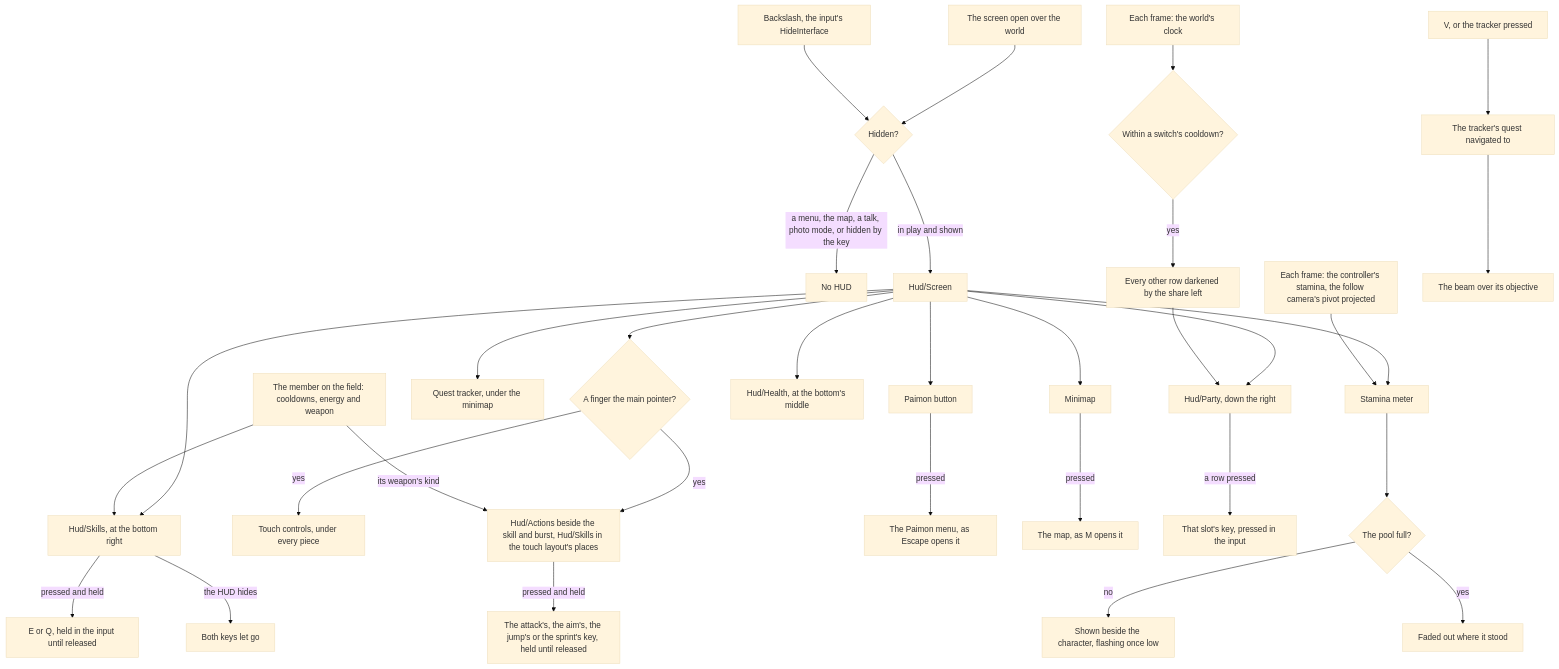
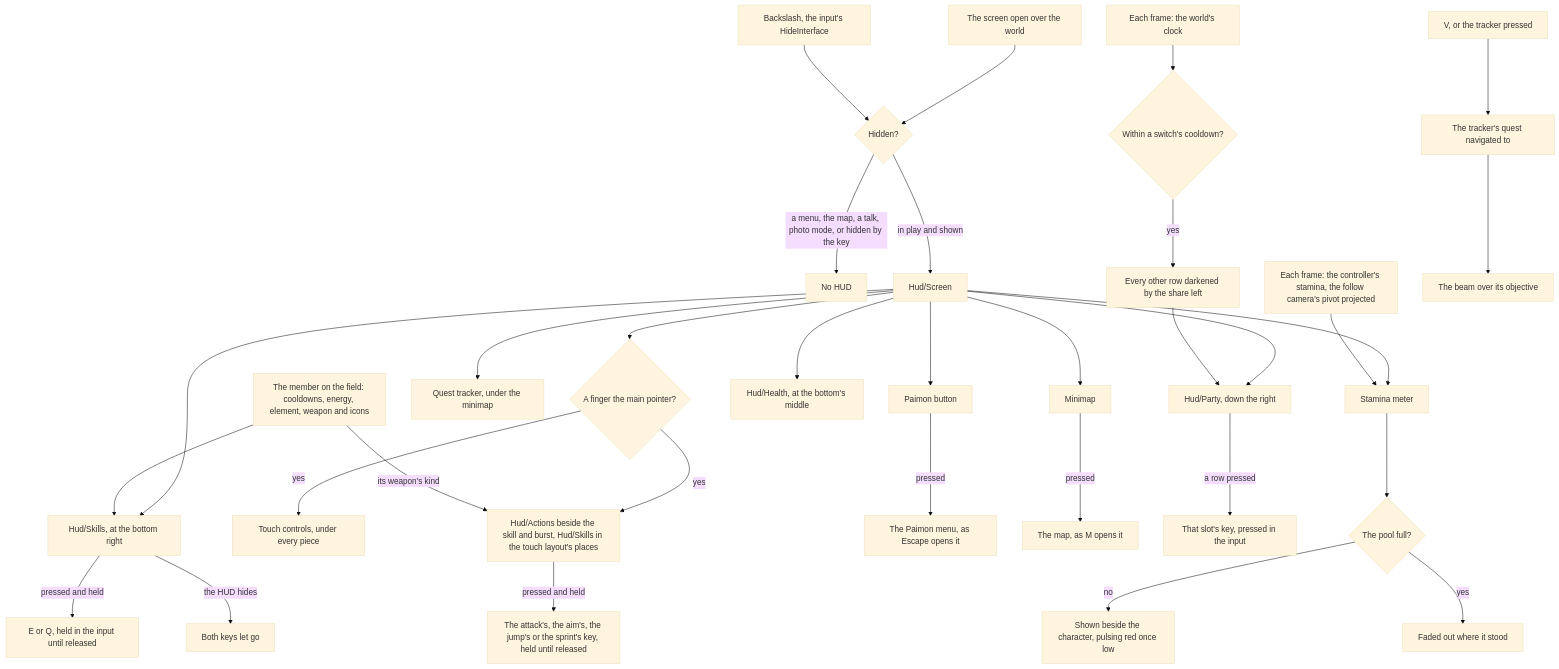
Before and after one commit to Esposter/Esposter: the diagram in apps/web/content/docs/genshin/hud.md, drawn with Mermaid (base theme). The commit also changed other lines of this file and 3 other files, not shown here.

First line of the commit message:
feat(genshin-world): the HUD's stamina meter fades as the climbing clip shows, out over 200 ms, and run low pulses its track red with a glow instead of flashing its fill

````diff
--- a/apps/web/content/docs/genshin/hud.md
+++ b/apps/web/content/docs/genshin/hud.md
@@ -20,34 +20,34 @@
 ```mermaid
 flowchart TD
   KIND["The screen open over the world"] --> HIDDEN{"Hidden?"}
   KEY["Backslash, the input's HideInterface"] --> HIDDEN
   HIDDEN -->|"a menu, the map, a talk, photo mode, or hidden by the key"| NONE["No HUD"]
   HIDDEN -->|"in play and shown"| HUD["Hud/Screen"]
   HUD --> PB["Paimon button"]
   HUD --> MINI["Minimap"]
   HUD --> TRACKER["Quest tracker, under the minimap"]
   HUD --> PARTY["Hud/Party, down the right"]
   HUD --> HEALTH["Hud/Health, at the bottom's middle"]
   HUD --> SKILLS["Hud/Skills, at the bottom right"]
-  FIELD["The member on the field: cooldowns, energy and weapon"] --> SKILLS
+  FIELD["The member on the field: cooldowns, energy, element, weapon and icons"] --> SKILLS
   SKILLS -->|"pressed and held"| KEYS["E or Q, held in the input until released"]
   SKILLS -->|"the HUD hides"| RELEASE["Both keys let go"]
   HUD --> STAMINA["Stamina meter"]
   HUD --> TOUCH{"A finger the main pointer?"}
   TOUCH -->|"yes"| CONTROLS["Touch controls, under every piece"]
   TOUCH -->|"yes"| ACTIONS["Hud/Actions beside the skill and burst, Hud/Skills in the touch layout's places"]
   ACTIONS -->|"pressed and held"| ACTION_KEYS["The attack's, the aim's, the jump's or the sprint's key, held until released"]
   FIELD -->|"its weapon's kind"| ACTIONS
   PB -->|"pressed"| MENU["The Paimon menu, as Escape opens it"]
   MINI -->|"pressed"| MAP["The map, as M opens it"]
   CLOCK["Each frame: the world's clock"] --> SWITCH{"Within a switch's cooldown?"}
   SWITCH -->|"yes"| DARK["Every other row darkened by the share left"]
   DARK --> PARTY
   PARTY -->|"a row pressed"| SLOT["That slot's key, pressed in the input"]
   FRAME["Each frame: the controller's stamina, the follow camera's pivot projected"] --> STAMINA
   STAMINA --> FULL{"The pool full?"}
-  FULL -->|"no"| SHOWN["Shown beside the character, flashing once low"]
+  FULL -->|"no"| SHOWN["Shown beside the character, pulsing red once low"]
   FULL -->|"yes"| FADE["Faded out where it stood"]
   V["V, or the tracker pressed"] --> NAVIGATE["The tracker's quest navigated to"]
   NAVIGATE --> BEAM["The beam over its objective"]
 ```
````
